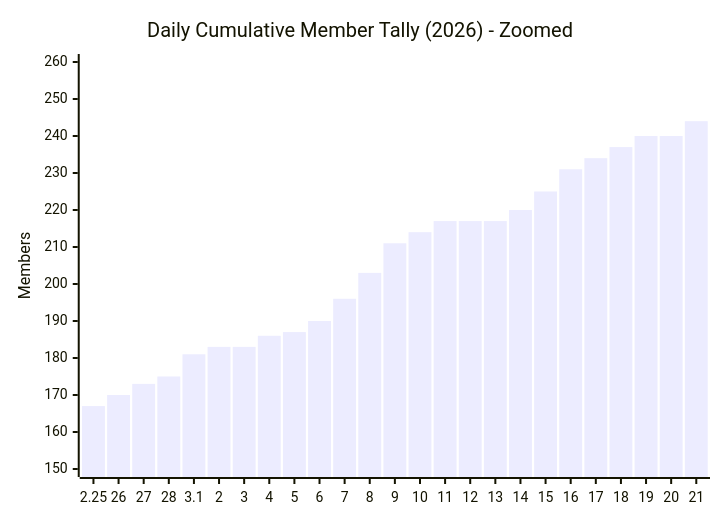
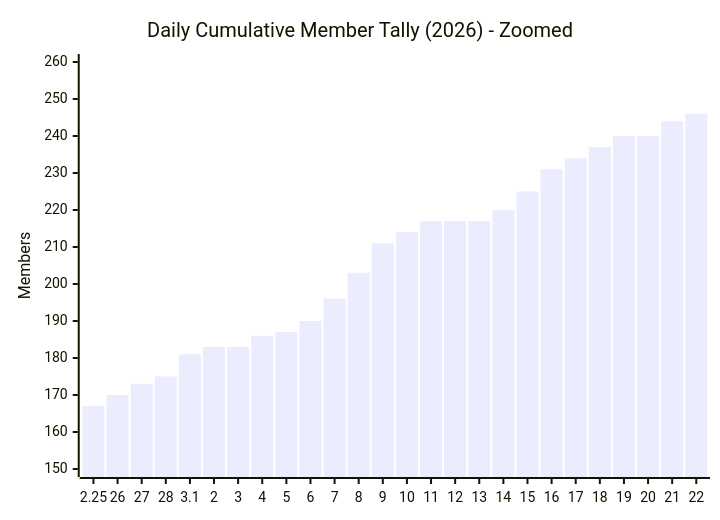
The second of 3 diagrams in exports/charts/daily-cumulative-member-tally-2026.md (MattSherwood/March-web), drawn with Mermaid before and after one commit. The commit also changed other lines of this file and 4 other files, not shown here.

````diff
--- a/exports/charts/daily-cumulative-member-tally-2026.md
+++ b/exports/charts/daily-cumulative-member-tally-2026.md
@@ -15,7 +15,7 @@
 ```mermaid
 xychart-beta
     title "Daily Cumulative Member Tally (2026) - Zoomed"
-    x-axis ["2.25", "26", "27", "28", "3.1", "2", "3", "4", "5", "6", "7", "8", "9", "10", "11", "12", "13", "14", "15", "16", "17", "18", "19", "20", "21"]
+    x-axis ["2.25", "26", "27", "28", "3.1", "2", "3", "4", "5", "6", "7", "8", "9", "10", "11", "12", "13", "14", "15", "16", "17", "18", "19", "20", "21", "22"]
     y-axis "Members" 150 --> 260
-    bar [167, 170, 173, 175, 181, 183, 183, 186, 187, 190, 196, 203, 211, 214, 217, 217, 217, 220, 225, 231, 234, 237, 240, 240, 244]
+    bar [167, 170, 173, 175, 181, 183, 183, 186, 187, 190, 196, 203, 211, 214, 217, 217, 217, 220, 225, 231, 234, 237, 240, 240, 244, 246]
 ```
````
